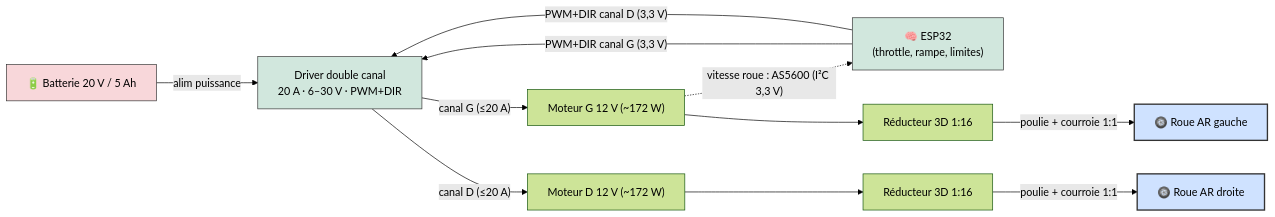
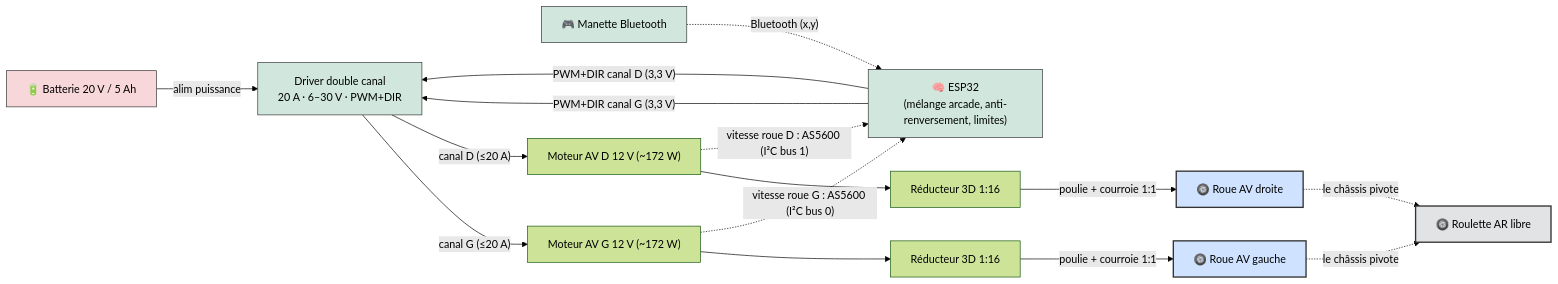
One commit to pinkymaxou/powered-soapbox-car changed the fifth of 10 diagrams in README.md. Above: the diagram before and after it, drawn with Mermaid (forest theme). The commit also changed other lines of this file and 23 other files, not shown here.

First line of the commit message:
Kart à entraînement différentiel : moteurs avant + manette Bluetooth

````diff
--- a/README.md
+++ b/README.md
@@ -308,26 +292,34 @@
 ```mermaid
 flowchart LR
     BATT["🔋 Batterie 20 V / 5 Ah"]
-    ESP["🧠 ESP32<br/>(throttle, rampe, limites)"]
+    PAD["🎮 Manette Bluetooth"]
+    ESP["🧠 ESP32<br/>(mélange arcade, anti-renversement, limites)"]
     DRV["Driver double canal<br/>20 A · 6–30 V · PWM+DIR"]
-    M1["Moteur G 12 V (~172 W)"]
-    M2["Moteur D 12 V (~172 W)"]
+    M1["Moteur AV G 12 V (~172 W)"]
+    M2["Moteur AV D 12 V (~172 W)"]
     G1["Réducteur 3D 1:16"]
     G2["Réducteur 3D 1:16"]
-    R1["🛞 Roue AR gauche"]
-    R2["🛞 Roue AR droite"]
+    R1["🛞 Roue AV gauche"]
+    R2["🛞 Roue AV droite"]
+    CAS["🛞 Roulette AR libre"]
 
     BATT -- "alim puissance" --> DRV
+    PAD -. "Bluetooth (x,y)" .-> ESP
     ESP -- "PWM+DIR canal G (3,3 V)" --> DRV
     ESP -- "PWM+DIR canal D (3,3 V)" --> DRV
     DRV -- "canal G (≤20 A)" --> M1 --> G1 -- "poulie + courroie 1:1" --> R1
     DRV -- "canal D (≤20 A)" --> M2 --> G2 -- "poulie + courroie 1:1" --> R2
-    M1 -. "vitesse roue : AS5600 (I²C 3,3 V)" .-> ESP
+    M1 -. "vitesse roue G : AS5600 (I²C bus 0)" .-> ESP
+    M2 -. "vitesse roue D : AS5600 (I²C bus 1)" .-> ESP
+    R1 -. "le châssis pivote" .-> CAS
+    R2 -. "le châssis pivote" .-> CAS
 
     classDef pwr fill:#f8d7da,stroke:#333;
     classDef ctrl fill:#d1e7dd,stroke:#333;
     classDef wheel fill:#cfe2ff,stroke:#333,stroke-width:2px;
+    classDef caster fill:#e2e3e5,stroke:#333,stroke-width:2px;
     class BATT pwr;
-    class ESP,DRV ctrl;
+    class ESP,DRV,PAD ctrl;
     class R1,R2 wheel;
+    class CAS caster;
 ```
````
